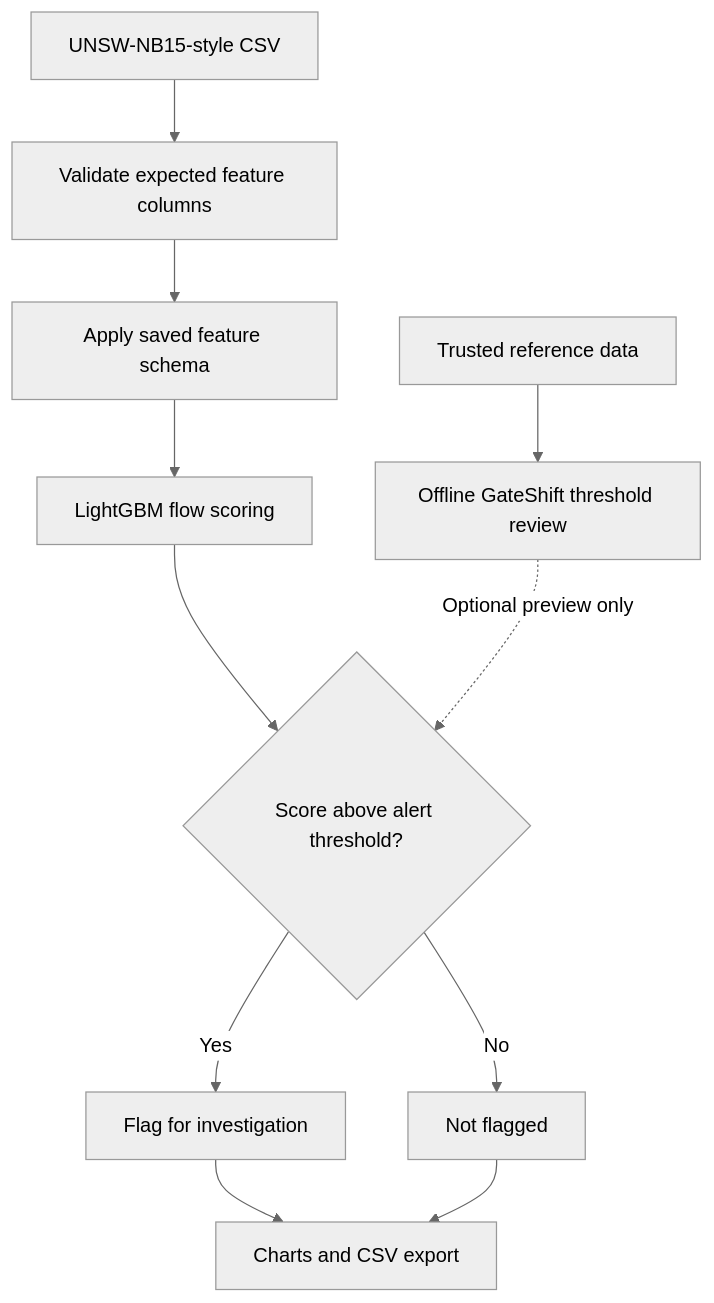
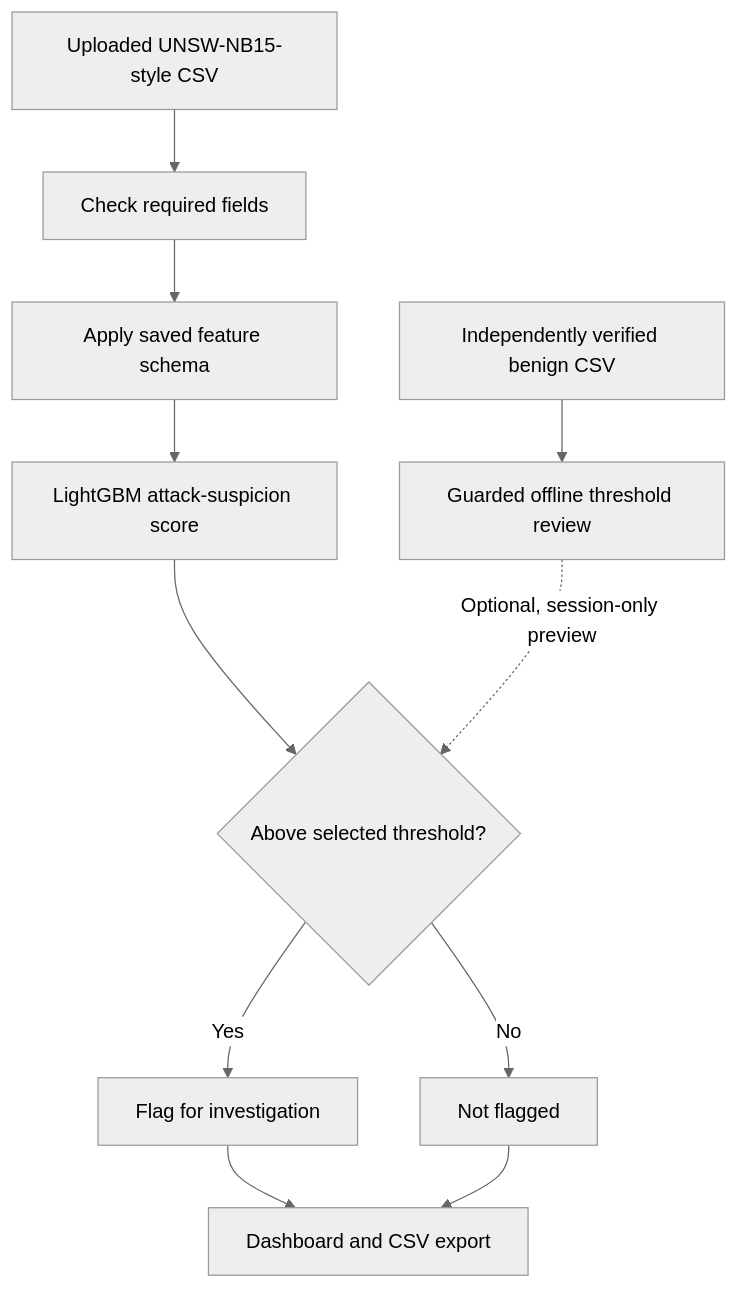
The diagram in README.md (raihan-sk/ZeroGuard-AI), drawn with Mermaid (neutral theme) before and after one commit. The commit also changed other lines of this file and 1 other file, not shown here.

Commit message:
Polish ZeroGuard AI dashboard and portfolio README

````diff
--- a/README.md
+++ b/README.md
@@ -29,13 +51,13 @@
 ```mermaid
 flowchart TD
-    A[UNSW-NB15-style CSV] --> B[Validate expected feature columns]
+    A[Uploaded UNSW-NB15-style CSV] --> B[Check required fields]
     B --> C[Apply saved feature schema]
-    C --> D[LightGBM flow scoring]
-    D --> E{Score above alert threshold?}
+    C --> D[LightGBM attack-suspicion score]
+    D --> E{Above selected threshold?}
     E -->|Yes| F[Flag for investigation]
     E -->|No| G[Not flagged]
-    F --> H[Charts and CSV export]
+    F --> H[Dashboard and CSV export]
     G --> H
-    I[Trusted reference data] --> J[Offline GateShift threshold review]
-    J -. Optional preview only .-> E
+    I[Independently verified benign CSV] --> J[Guarded offline threshold review]
+    J -. Optional, session-only preview .-> E
 ```
````
